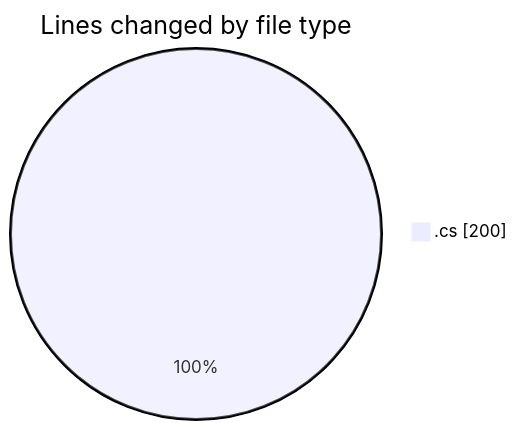
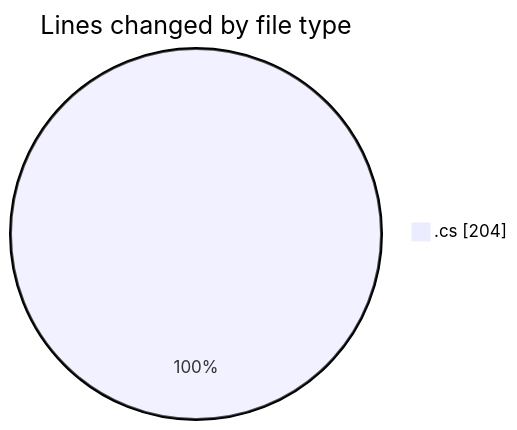
One commit to Netris89/code-tracking changed the first of 2 diagrams in 2025-04-13/back-end/README.md. Above: the diagram before and after it, drawn with Mermaid. The commit also changed other lines of this file and 1 other file, not shown here.

````diff
--- a/2025-04-13/back-end/README.md
+++ b/2025-04-13/back-end/README.md
@@ -20,5 +20,5 @@
 ```mermaid
 pie showData
 title Lines changed by file type
-".cs" : 200
+".cs" : 204
 ```
````
